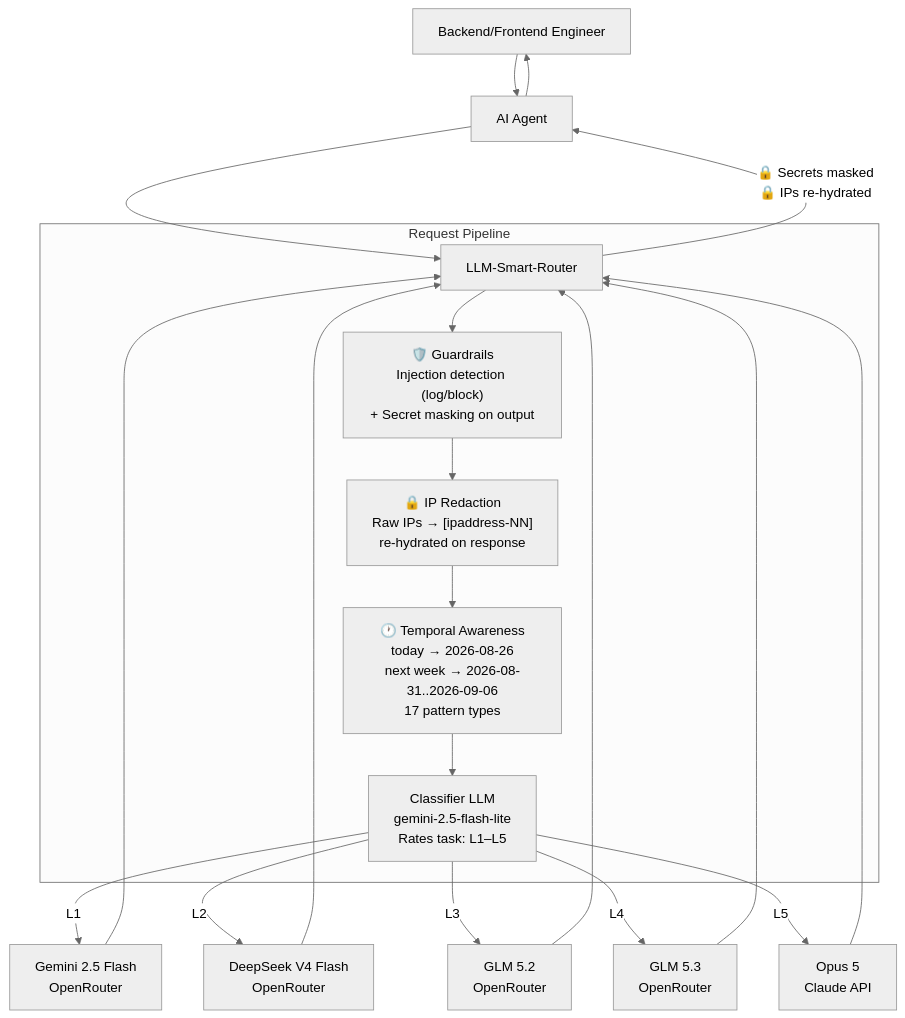
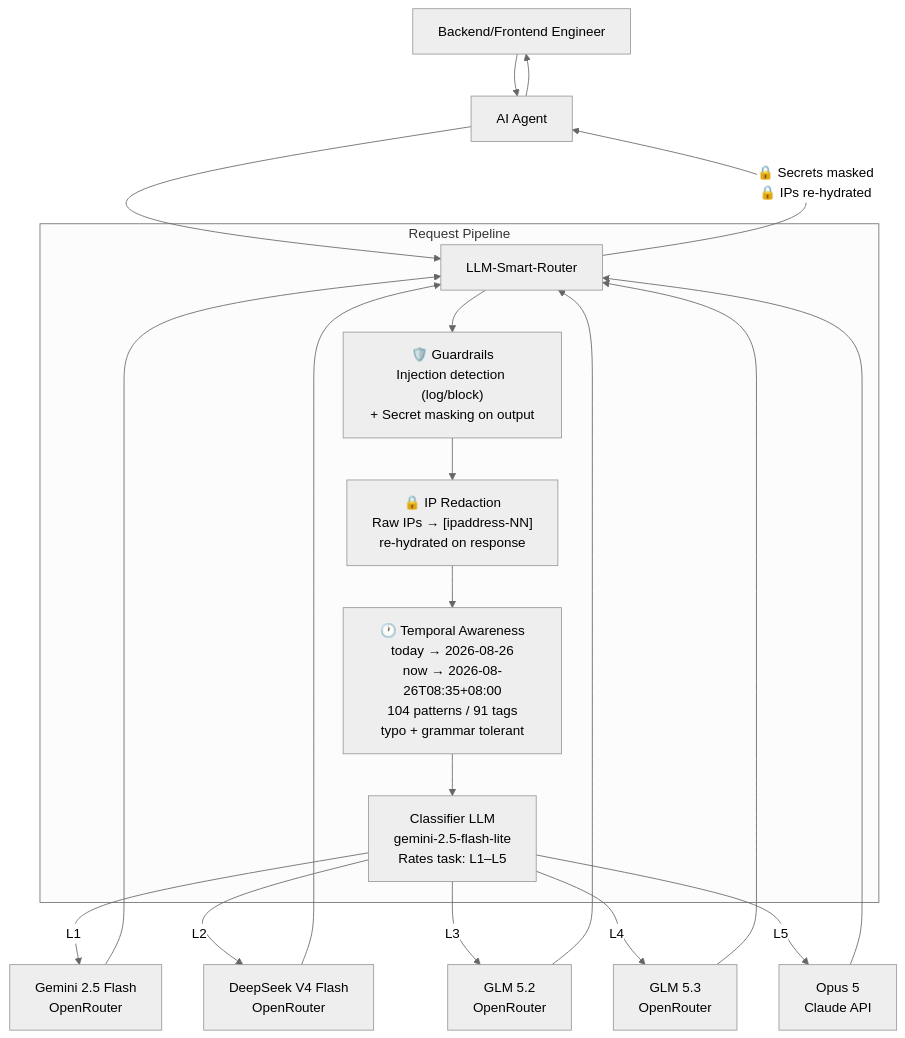
Before and after one commit to Green-Needle-Tech/llm-smart-router: the diagram in README.md, drawn with Mermaid (neutral theme). The commit also changed other lines of this file and 1 other file, not shown here.

````diff
--- a/README.md
+++ b/README.md
@@ -291,27 +319,27 @@
 ```mermaid
 flowchart TD
     A[Backend/Frontend Engineer] --> B[AI Agent]
     B --> C[LLM-Smart-Router]
 
     subgraph Router [Request Pipeline]
         C --> P1["🛡️ Guardrails<br/>Injection detection (log/block)<br/>+ Secret masking on output"]
         P1 --> P2["🔒 IP Redaction<br/>Raw IPs → [ipaddress-NN]<br/>re-hydrated on response"]
-        P2 --> P2T["🕐 Temporal Awareness<br/>today → 2026-08-26<br/>next week → 2026-08-31..2026-09-06<br/>17 pattern types"]
+        P2 --> P2T["🕐 Temporal Awareness<br/>today → 2026-08-26<br/>now → 2026-08-26T08:35+08:00<br/>104 patterns / 91 tags<br/>typo + grammar tolerant"]
         P2T --> D["Classifier LLM<br/>gemini-2.5-flash-lite<br/>Rates task: L1–L5"]
     end
 
     D -->|L1| E[Gemini 2.5 Flash<br/>OpenRouter]
     D -->|L2| F[DeepSeek V4 Flash<br/>OpenRouter]
     D -->|L3| F2[GLM 5.2<br/>OpenRouter]
     D -->|L4| F3[GLM 5.3<br/>OpenRouter]
     D -->|L5| H[Opus 5<br/>Claude API]
 
     E --> C
     F --> C
     F2 --> C
     F3 --> C
     H --> C
 
     C -->|"🔒 Secrets masked<br/>🔒 IPs re-hydrated"| B
     B --> A
 ```
````
